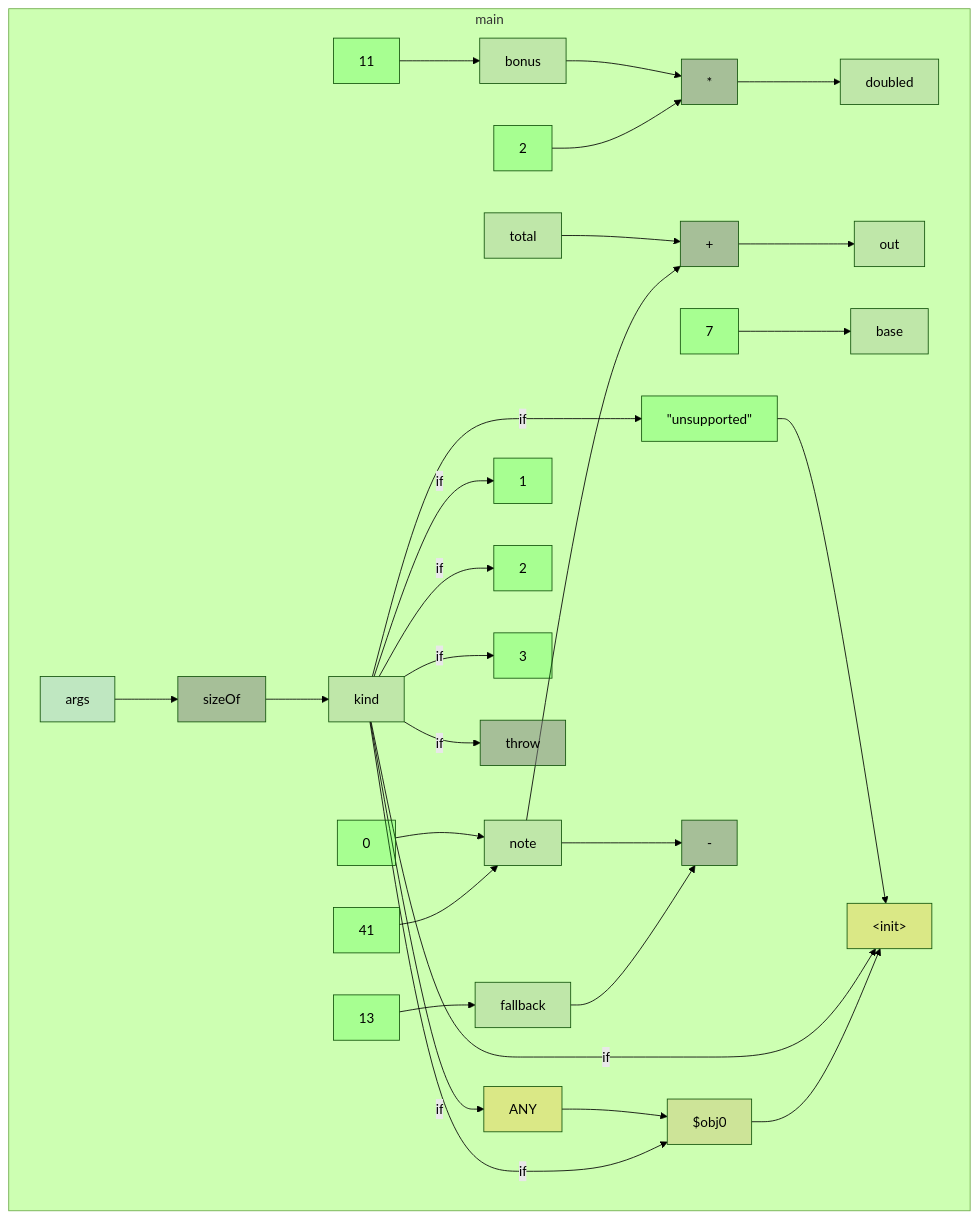
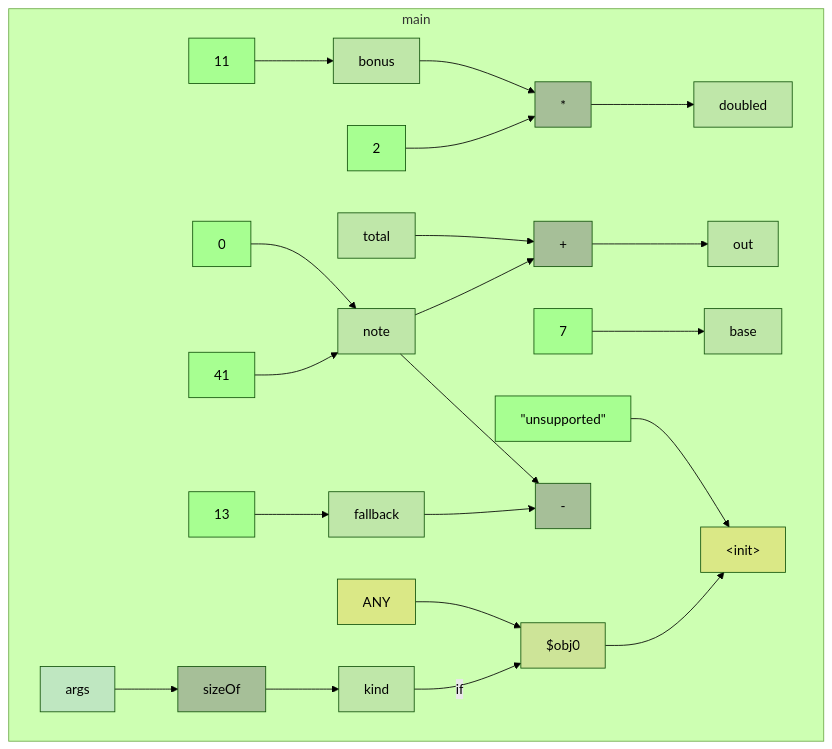
One commit to gstiebler/codeflow changed the diagram in app/src/test/resources/switchExpression/spike-truth.md. Above: the diagram before and after it, drawn with Mermaid (forest theme). The commit also changed 21 other files, not shown here.

````diff
--- a/app/src/test/resources/switchExpression/spike-truth.md
+++ b/app/src/test/resources/switchExpression/spike-truth.md
@@ -3,65 +3,54 @@
 ```mermaid
 flowchart TD
   subgraph m0["main"]
     n0["*"]:::BIN_OP
     n1["+"]:::BIN_OP
     n2["-"]:::BIN_OP
     n3["sizeOf"]:::BIN_OP
-    n4["throw"]:::BIN_OP
-    n5["#lt;init#gt;"]:::EXTERNAL
-    n6["ANY"]:::EXTERNAL
-    n7["args"]:::FUNC_PARAM
-    n8["#quot;unsupported#quot;"]:::LITERAL
-    n9["0"]:::LITERAL
-    n10["11"]:::LITERAL
-    n11["13"]:::LITERAL
-    n12["1"]:::LITERAL
-    n13["2"]:::LITERAL
-    n14["2"]:::LITERAL
-    n15["3"]:::LITERAL
-    n16["41"]:::LITERAL
-    n17["7"]:::LITERAL
-    n18["$obj0"]:::OBJ_VARIABLE
-    n19["base"]:::VARIABLE
-    n20["bonus"]:::VARIABLE
-    n21["doubled"]:::VARIABLE
-    n22["fallback"]:::VARIABLE
-    n23["kind"]:::VARIABLE
-    n24["note"]:::VARIABLE
-    n25["out"]:::VARIABLE
-    n26["total"]:::VARIABLE
+    n4["#lt;init#gt;"]:::EXTERNAL
+    n5["ANY"]:::EXTERNAL
+    n6["args"]:::FUNC_PARAM
+    n7["#quot;unsupported#quot;"]:::LITERAL
+    n8["0"]:::LITERAL
+    n9["11"]:::LITERAL
+    n10["13"]:::LITERAL
+    n11["2"]:::LITERAL
+    n12["41"]:::LITERAL
+    n13["7"]:::LITERAL
+    n14["$obj0"]:::OBJ_VARIABLE
+    n15["base"]:::VARIABLE
+    n16["bonus"]:::VARIABLE
+    n17["doubled"]:::VARIABLE
+    n18["fallback"]:::VARIABLE
+    n19["kind"]:::VARIABLE
+    n20["note"]:::VARIABLE
+    n21["out"]:::VARIABLE
+    n22["total"]:::VARIABLE
   end
-  n0 --> n21
-  n1 --> n25
-  n10 --> n20
-  n11 --> n22
-  n14 --> n0
-  n16 --> n24
-  n17 --> n19
-  n18 --> n5
-  n20 --> n0
-  n22 --> n2
-  n23 -->|if| n12
-  n23 -->|if| n13
-  n23 -->|if| n15
-  n23 -->|if| n18
-  n23 -->|if| n4
-  n23 -->|if| n5
-  n23 -->|if| n6
-  n23 -->|if| n8
-  n24 --> n1
-  n24 --> n2
-  n26 --> n1
-  n3 --> n23
-  n6 --> n18
-  n7 --> n3
-  n8 --> n5
-  n9 --> n24
+  n0 --> n17
+  n1 --> n21
+  n10 --> n18
+  n11 --> n0
+  n12 --> n20
+  n13 --> n15
+  n14 --> n4
+  n16 --> n0
+  n18 --> n2
+  n19 -->|if| n14
+  n20 --> n1
+  n20 --> n2
+  n22 --> n1
+  n3 --> n19
+  n5 --> n14
+  n6 --> n3
+  n7 --> n4
+  n8 --> n20
+  n9 --> n16
   classDef LITERAL fill:#00FF0030
   classDef VARIABLE fill:#80808030
   classDef BIN_OP fill:#80808080
   classDef FUNC_PARAM fill:#8080FF30
   classDef RETURN fill:#FF808080
   classDef EXTERNAL fill:#FFA50040
   classDef UNMODELLED fill:#FF000030,stroke-dasharray: 4 2
 ```
````
